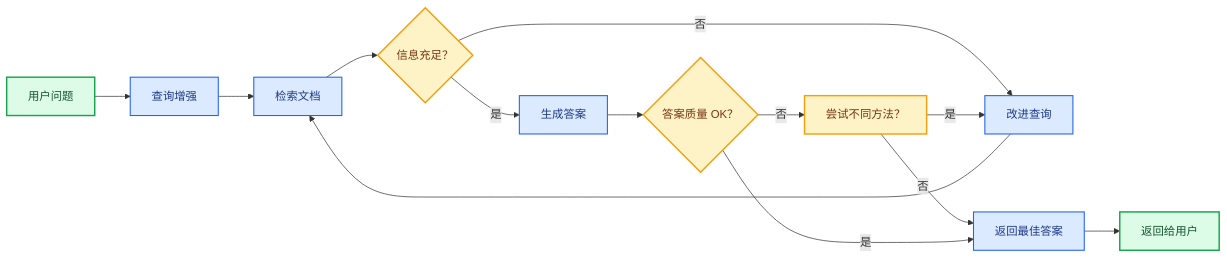
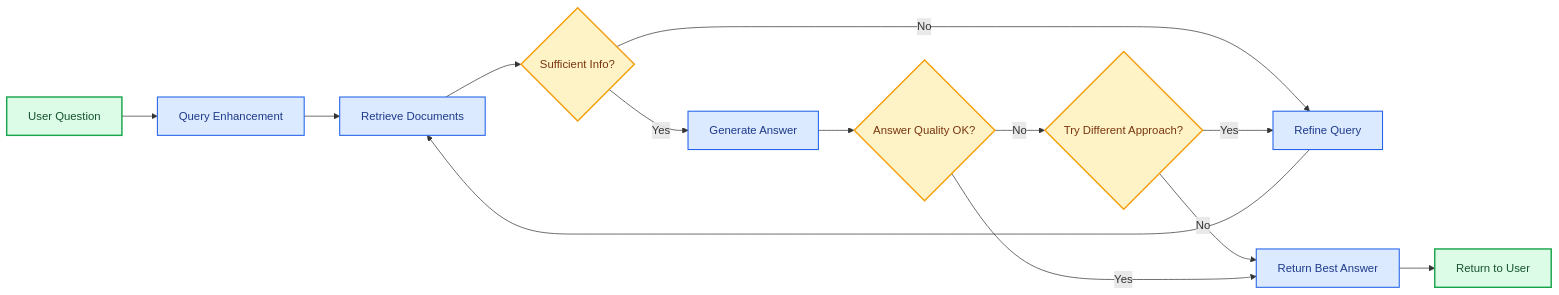
Before and after one commit to kunfan96/cndocs-langchain: the fourth of 4 diagrams in oss/javascript/langchain/retrieval.mdx, drawn with Mermaid. The commit also changed other lines of this file and 2611 other files, not shown here.

````diff
--- a/oss/javascript/langchain/retrieval.mdx
+++ b/oss/javascript/langchain/retrieval.mdx
@@ -305,23 +315,23 @@
 ```mermaid
 graph LR
-    A[用户问题] --> B[查询增强]
-    B --> C[检索文档]
-    C --> D{信息充足？}
-    D -- 否 --> E[改进查询]
+    A[User Question] --> B[Query Enhancement]
+    B --> C[Retrieve Documents]
+    C --> D{Sufficient Info?}
+    D -- No --> E[Refine Query]
     E --> C
-    D -- 是 --> F[生成答案]
-    F --> G{答案质量 OK？}
-    G -- 否 --> H[尝试不同方法？]
-    H -- 是 --> E
-    H -- 否 --> I[返回最佳答案]
-    G -- 是 --> I
-    I --> J[返回给用户]
+    D -- Yes --> F[Generate Answer]
+    F --> G{Answer Quality OK?}
+    G -- No --> H{Try Different Approach?}
+    H -- Yes --> E
+    H -- No --> I[Return Best Answer]
+    G -- Yes --> I
+    I --> J[Return to User]
 
     classDef startend fill:#DCFCE7,stroke:#16A34A,stroke-width:2px,color:#14532D
     classDef decision fill:#FEF3C7,stroke:#F59E0B,stroke-width:2px,color:#78350F
     classDef process fill:#DBEAFE,stroke:#2563EB,stroke-width:1.5px,color:#1E3A8A
 
     class A,J startend
     class B,C,E,F,I process
     class D,G,H decision
 ```
````
